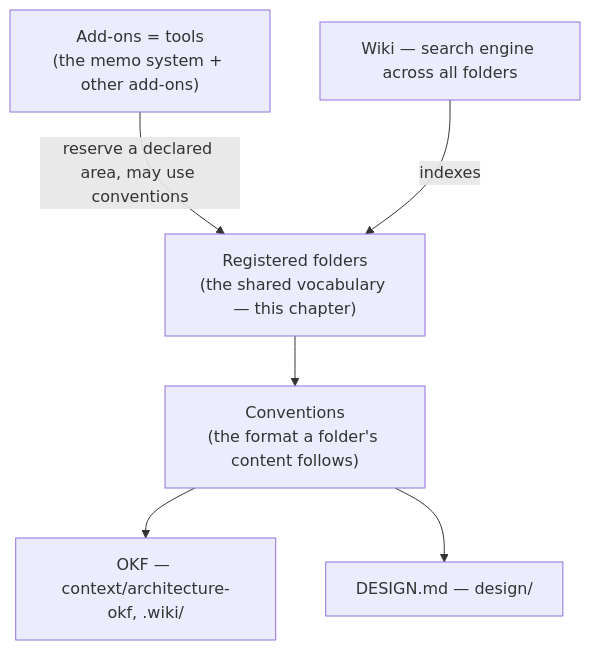
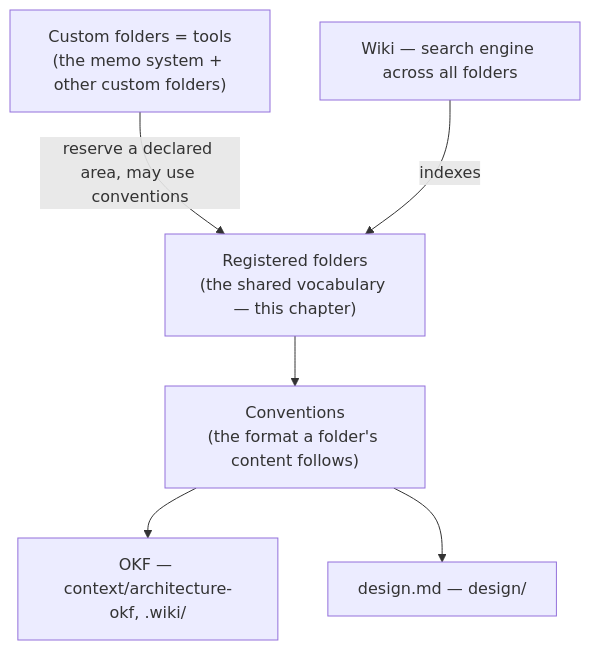
Before and after one commit to Memo-Init/spec: the diagram in generated/docs-payload/workbench/12-folders.md, drawn with Mermaid. The commit also changed other lines of this file and 126 other files, not shown here.

````diff
--- a/generated/docs-payload/workbench/12-folders.md
+++ b/generated/docs-payload/workbench/12-folders.md
@@ -103,11 +103,11 @@
 ```mermaid
 flowchart TD
     REG["Registered folders<br/>(the shared vocabulary — this chapter)"]
     REG --> CONV["Conventions<br/>(the format a folder's content follows)"]
     CONV --> C1["OKF — context/architecture-okf, .wiki/"]
-    CONV --> C2["DESIGN.md — design/"]
-    ADDON["Add-ons = tools<br/>(the memo system + other add-ons)"]
+    CONV --> C2["design.md — design/"]
+    ADDON["Custom folders = tools<br/>(the memo system + other custom folders)"]
     ADDON -->|"reserve a declared area, may use conventions"| REG
     WIKI["Wiki — search engine across all folders"]
     WIKI -->|"indexes"| REG
 ```
````
